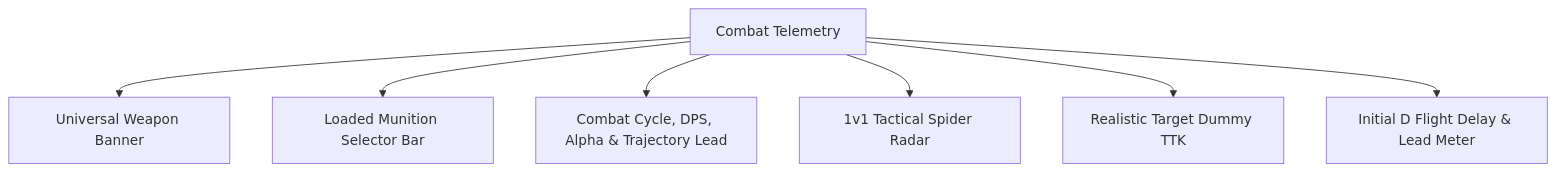
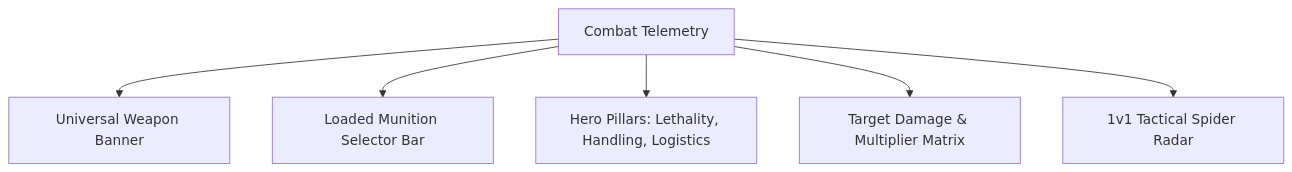
Before and after one commit to GV-Server-Mods/GVK-Weapons-Pack: the first of 2 diagrams in docs/WEAPON_STUDIO_DESIGN_DOCUMENT.md, drawn with Mermaid. The commit also changed other lines of this file and 7 other files, not shown here.

First line of the commit message:
Weapon Studio: conveyor-fill inventory sizing, qualified schema guard, docs

````diff
--- a/docs/WEAPON_STUDIO_DESIGN_DOCUMENT.md
+++ b/docs/WEAPON_STUDIO_DESIGN_DOCUMENT.md
@@ -63,9 +64,8 @@
 ```mermaid
 graph TD
     WS1[Combat Telemetry] --> Banner[Universal Weapon Banner]
     WS1 --> MunitionBar[Loaded Munition Selector Bar]
-    WS1 --> HeroStats[Combat Cycle, DPS, Alpha & Trajectory Lead]
+    WS1 --> HeroStats[Hero Pillars: Lethality, Handling, Logistics]
+    WS1 --> Matrix[Target Damage & Multiplier Matrix]
     WS1 --> Radar[1v1 Tactical Spider Radar]
-    WS1 --> TTK[Realistic Target Dummy TTK]
-    WS1 --> DriftMeter[Initial D Flight Delay & Lead Meter]
 ```
````
